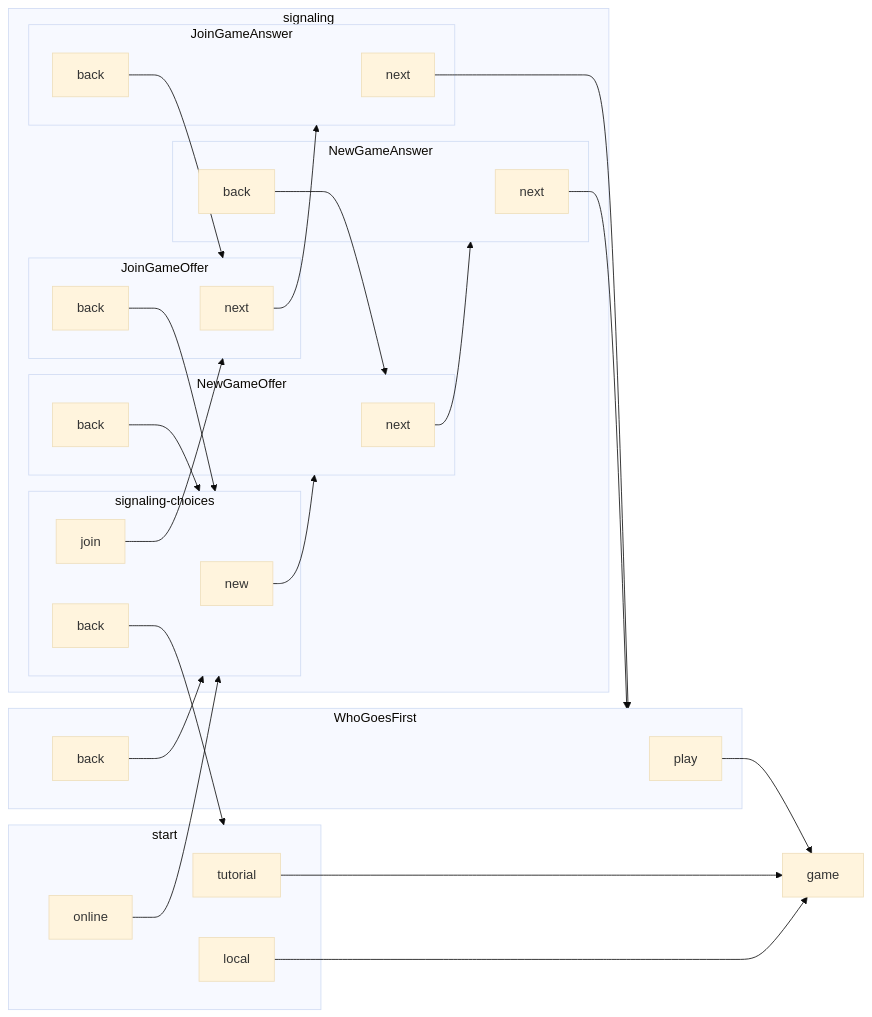
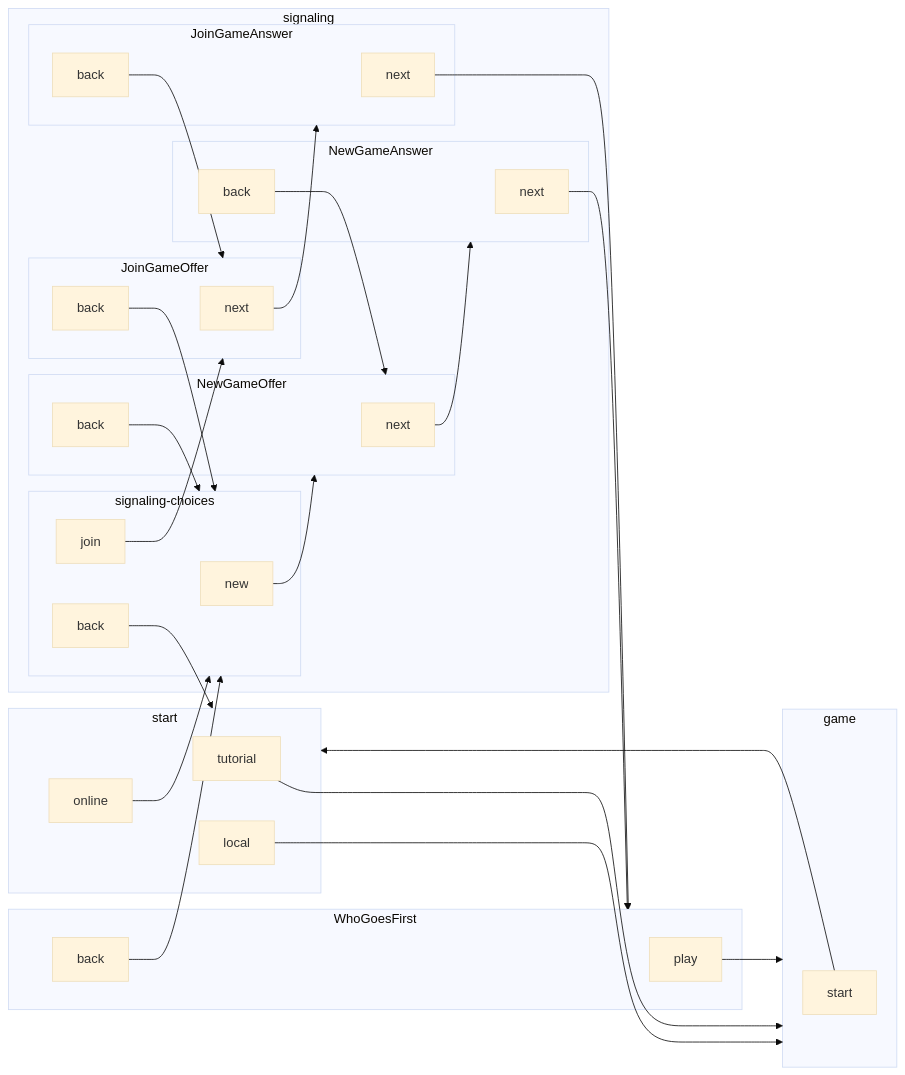
Before and after one commit to macabot/senet: the second of 3 diagrams in README.md, drawn with Mermaid (base theme). The commit also changed other lines of this file, not shown here.

````diff
--- a/README.md
+++ b/README.md
@@ -116,56 +116,59 @@
 ```mermaid
 graph LR
     subgraph start
         tutorial
         local
         online
     end
 
     subgraph signaling
         subgraph signaling-choices
             new
             join
             signaling-back["back"]
         end
         subgraph NewGameOffer
             NewGameOffer-next["next"]
             NewGameOffer-back["back"]
         end
         subgraph NewGameAnswer
             NewGameAnswer-next["next"]
             NewGameAnswer-back["back"]
         end
         subgraph JoinGameOffer
             JoinGameOffer-next["next"]
             JoinGameOffer-back["back"]
         end
         subgraph JoinGameAnswer
             JoinGameAnswer-next["next"]
             JoinGameAnswer-back["back"]
         end
     end
 
     subgraph WhoGoesFirst
         WhoGoesFirst-play["play"]
         WhoGoesFirst-back["back"]
     end
 
-    game
+    subgraph game
+        game-start["start"]
+    end
 
     online --> signaling-choices
     signaling-back --> start
     tutorial --> game
     local --> game
     new --> NewGameOffer
     join --> JoinGameOffer
     NewGameOffer-next --> NewGameAnswer
     NewGameOffer-back --> signaling-choices
     JoinGameOffer-next --> JoinGameAnswer
     JoinGameOffer-back --> signaling-choices
     NewGameAnswer-next --> WhoGoesFirst
     NewGameAnswer-back --> NewGameOffer
     JoinGameAnswer-next --> WhoGoesFirst
     JoinGameAnswer-back --> JoinGameOffer
     WhoGoesFirst-play --> game
     WhoGoesFirst-back --> signaling-choices
+    game-start --> start
 ```
````
